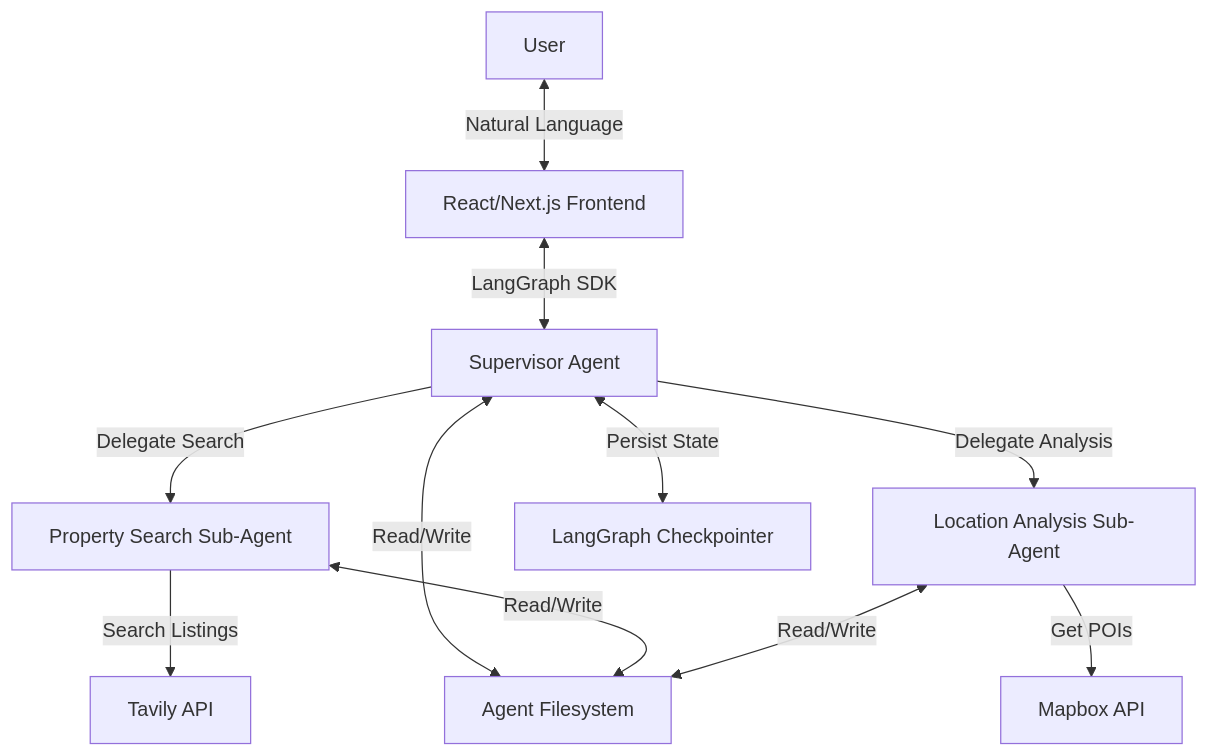
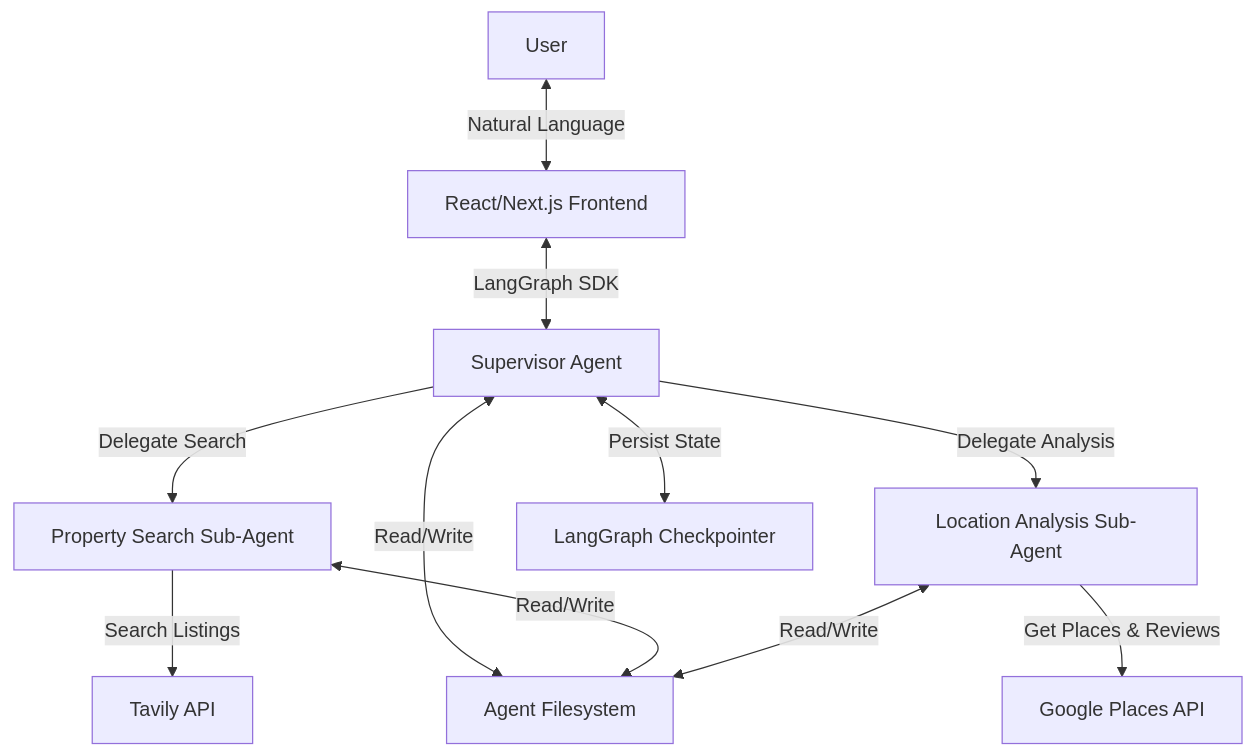
Before and after one commit to Emarhnuel/Real-Estate-AI-Agent: the diagram in .kiro/specs/ai-real-estate-copilot/design.md, drawn with Mermaid. The commit also changed other lines of this file, not shown here.

Commit message:
docs: replace Mapbox with Google Places API in design spec

````diff
--- a/.kiro/specs/ai-real-estate-copilot/design.md
+++ b/.kiro/specs/ai-real-estate-copilot/design.md
@@ -13,13 +13,13 @@
 ```mermaid
 graph TD
     User[User] <-->|Natural Language| Frontend[React/Next.js Frontend]
     Frontend <-->|LangGraph SDK| SupervisorAgent[Supervisor Agent]
     SupervisorAgent -->|Delegate Search| PropertySearchAgent[Property Search Sub-Agent]
     SupervisorAgent -->|Delegate Analysis| LocationAnalysisAgent[Location Analysis Sub-Agent]
     PropertySearchAgent -->|Search Listings| TavilyAPI[Tavily API]
-    LocationAnalysisAgent -->|Get POIs| MapboxAPI[Mapbox API]
+    LocationAnalysisAgent -->|Get Places & Reviews| GooglePlacesAPI[Google Places API]
     SupervisorAgent <-->|Read/Write| Filesystem[Agent Filesystem]
     PropertySearchAgent <-->|Read/Write| Filesystem
     LocationAnalysisAgent <-->|Read/Write| Filesystem
     SupervisorAgent <-->|Persist State| Checkpointer[LangGraph Checkpointer]
 ```
````
